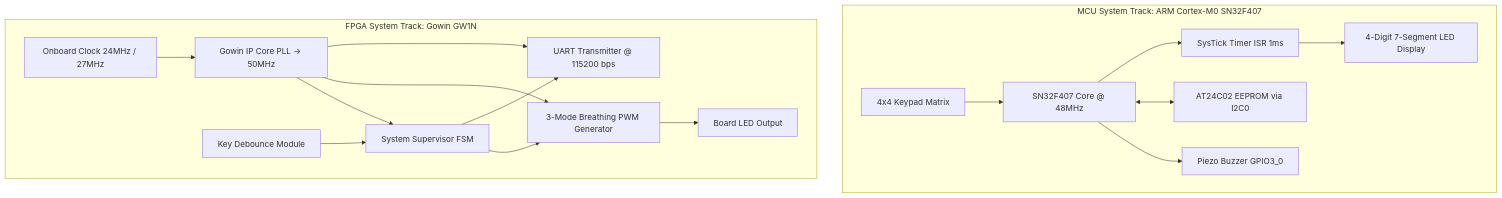
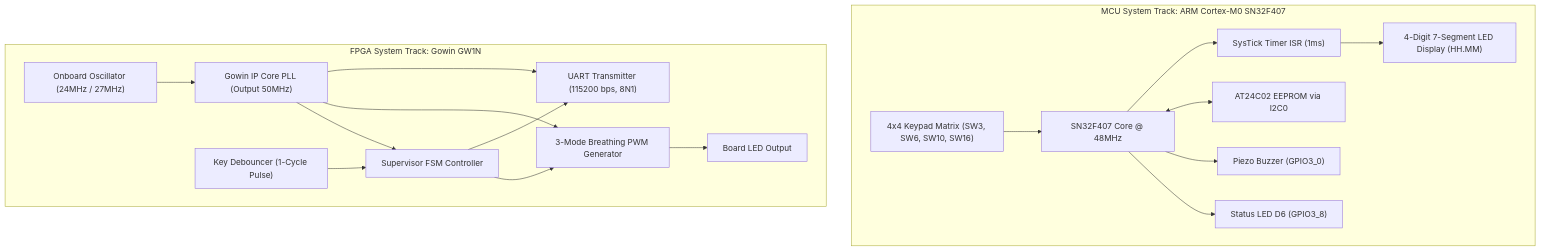
The first of 5 diagrams in README.md (zok213/porygon), drawn with Mermaid before and after one commit. The commit also changed other lines of this file and 1 other file, not shown here.

Commit message:
docs: Update READMEs with complete contest specifications, scoring matrix, and fixed Mermaid rendering syntax

````diff
--- a/README.md
+++ b/README.md
@@ -77,36 +54,38 @@
 ```mermaid
 graph TD
-    subgraph MCU_System_SN32F407 [MCU System Track: ARM Cortex-M0 SN32F407]
-        MCU_Core[SN32F407 Core @ 48MHz]
-        SysTick[SysTick Timer ISR 1ms]
-        KeyMatrix[4x4 Keypad Matrix]
-        Display7Seg[4-Digit 7-Segment LED Display]
-        EEPROM_I2C[AT24C02 EEPROM via I2C0]
-        Buzzer[Piezo Buzzer GPIO3_0]
+    subgraph MCU_System ["MCU System Track: ARM Cortex-M0 SN32F407"]
+        MCU_Core["SN32F407 Core @ 48MHz"]
+        SysTick["SysTick Timer ISR (1ms)"]
+        KeyMatrix["4x4 Keypad Matrix (SW3, SW6, SW10, SW16)"]
+        Display7Seg["4-Digit 7-Segment LED Display (HH.MM)"]
+        EEPROM_I2C["AT24C02 EEPROM via I2C0"]
+        Buzzer["Piezo Buzzer (GPIO3_0)"]
+        LED_D6["Status LED D6 (GPIO3_8)"]
 
         MCU_Core --> SysTick
         SysTick --> Display7Seg
         KeyMatrix --> MCU_Core
         MCU_Core <--> EEPROM_I2C
         MCU_Core --> Buzzer
+        MCU_Core --> LED_D6
     end
 
-    subgraph FPGA_System_Gowin [FPGA System Track: Gowin GW1N]
-        FPGA_Clock[Onboard Clock 24MHz / 27MHz]
-        PLL_Module[Gowin IP Core PLL -> 50MHz]
-        Debounce_Mod[Key Debounce Module]
-        FSM_Control[System Supervisor FSM]
-        PWM_Mod[3-Mode Breathing PWM Generator]
-        UART_TX[UART Transmitter @ 115200 bps]
-        LED_Output[Board LED Output]
+    subgraph FPGA_System ["FPGA System Track: Gowin GW1N"]
+        FPGA_Clock["Onboard Oscillator (24MHz / 27MHz)"]
+        PLL_Module["Gowin IP Core PLL (Output 50MHz)"]
+        Debounce_Mod["Key Debouncer (1-Cycle Pulse)"]
+        FSM_Control["Supervisor FSM Controller"]
+        PWM_Mod["3-Mode Breathing PWM Generator"]
+        UART_TX["UART Transmitter (115200 bps, 8N1)"]
+        LED_Output["Board LED Output"]
 
         FPGA_Clock --> PLL_Module
         PLL_Module --> FSM_Control
         PLL_Module --> PWM_Mod
         PLL_Module --> UART_TX
         Debounce_Mod --> FSM_Control
         FSM_Control --> PWM_Mod
         FSM_Control --> UART_TX
         PWM_Mod --> LED_Output
     end
 ```
````
